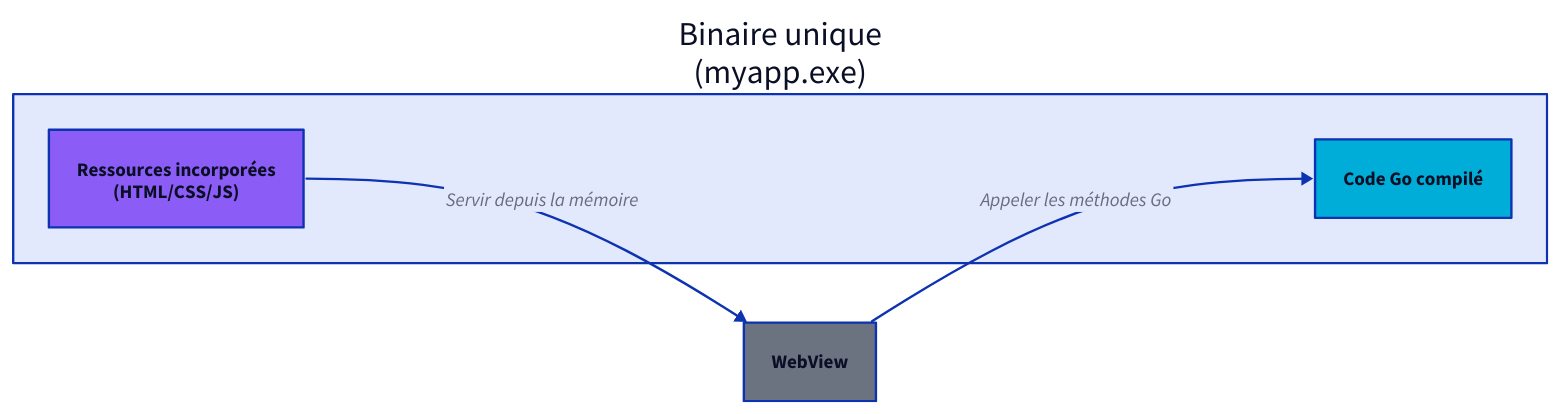
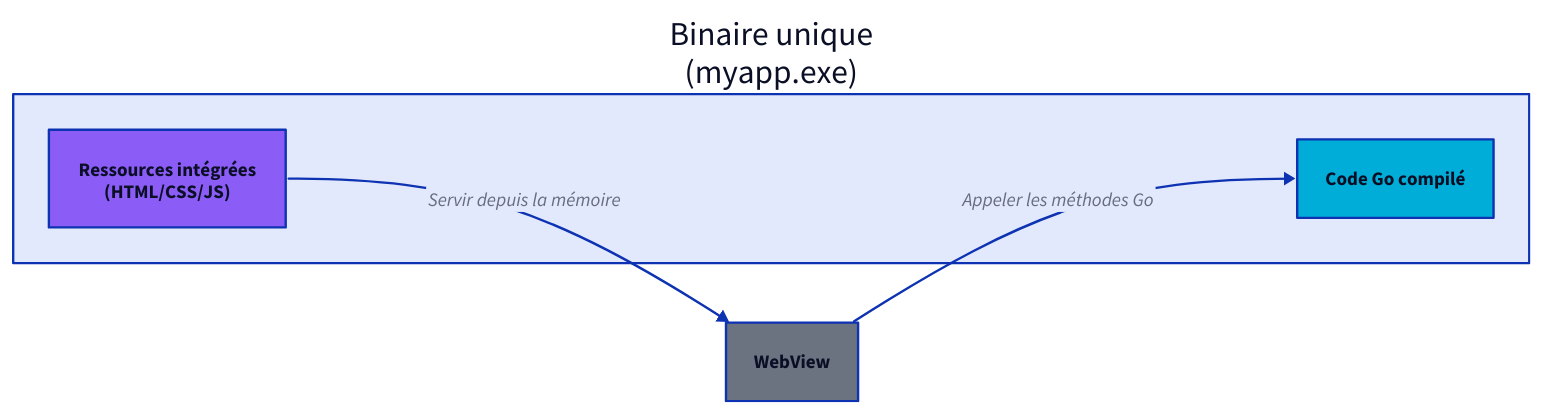
One commit to wailsapp/wails changed the seventh of 8 diagrams in docs/mpress/content/fr/concepts/architecture.md. Above: the diagram before and after it, drawn with D2. The commit also changed other lines of this file and 1096 other files, not shown here.

````diff
--- a/docs/mpress/content/fr/concepts/architecture.md
+++ b/docs/mpress/content/fr/concepts/architecture.md
@@ -489,23 +489,23 @@
 ```d2
 direction: right
 
 Binary: "Binaire unique\n(myapp.exe)" {
   GoCode: Code Go compilé {
     shape: rectangle
     style.fill: "#00ADD8"
   }
 
-  Assets: "Ressources incorporées\n(HTML/CSS/JS)" {
+  Assets: "Ressources intégrées\n(HTML/CSS/JS)" {
     shape: rectangle
     style.fill: "#8B5CF6"
   }
 }
 
 WebView: WebView {
   shape: rectangle
   style.fill: "#6B7280"
 }
 
 Binary.Assets -> WebView: Servir depuis la mémoire
 WebView -> Binary.GoCode: Appeler les méthodes Go
 ```
````
